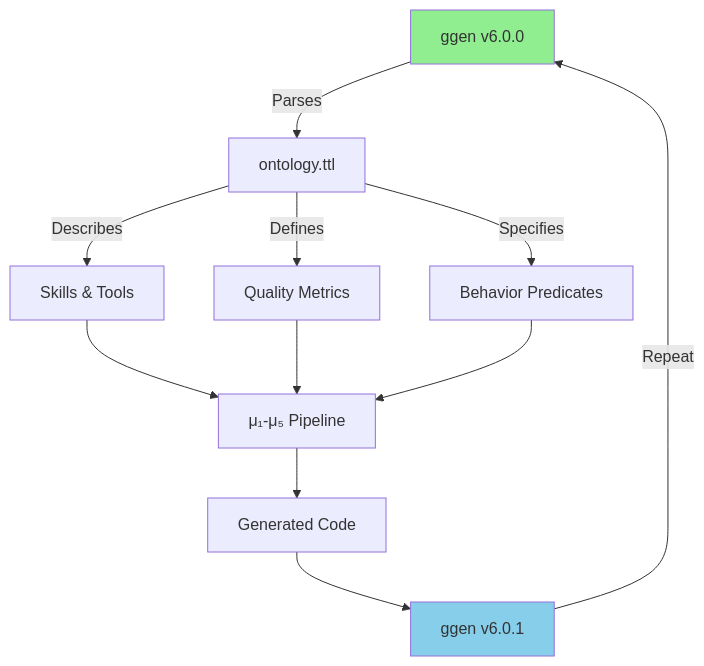
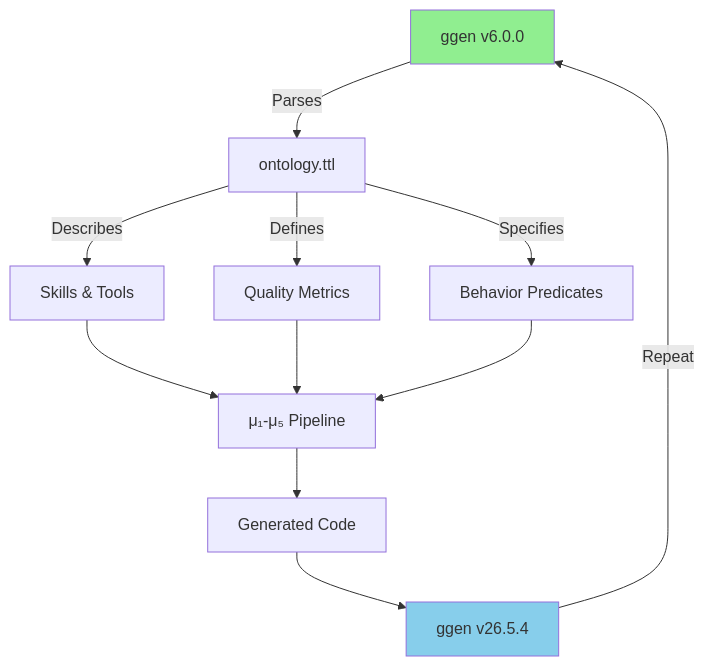
One commit to seanchatmangpt/ggen changed the second of 2 diagrams in examples/self-play/README.md. Above: the diagram before and after it, drawn with Mermaid. The commit also changed other lines of this file and 62 other files, not shown here.

````diff
--- a/examples/self-play/README.md
+++ b/examples/self-play/README.md
@@ -39,18 +39,18 @@
 ```mermaid
 graph TD
     A[ggen v6.0.0] -->|Parses| B[ontology.ttl]
     B -->|Describes| C[Skills & Tools]
     B -->|Defines| D[Quality Metrics]
     B -->|Specifies| E[Behavior Predicates]
 
     C --> F[μ₁-μ₅ Pipeline]
     D --> F
     E --> F
 
     F --> G[Generated Code]
-    G --> H[ggen v6.0.1]
+    G --> H[ggen v26.5.4]
     H -->|Repeat| A
 
     style A fill:#90EE90
     style H fill:#87CEEB
 ```
````
